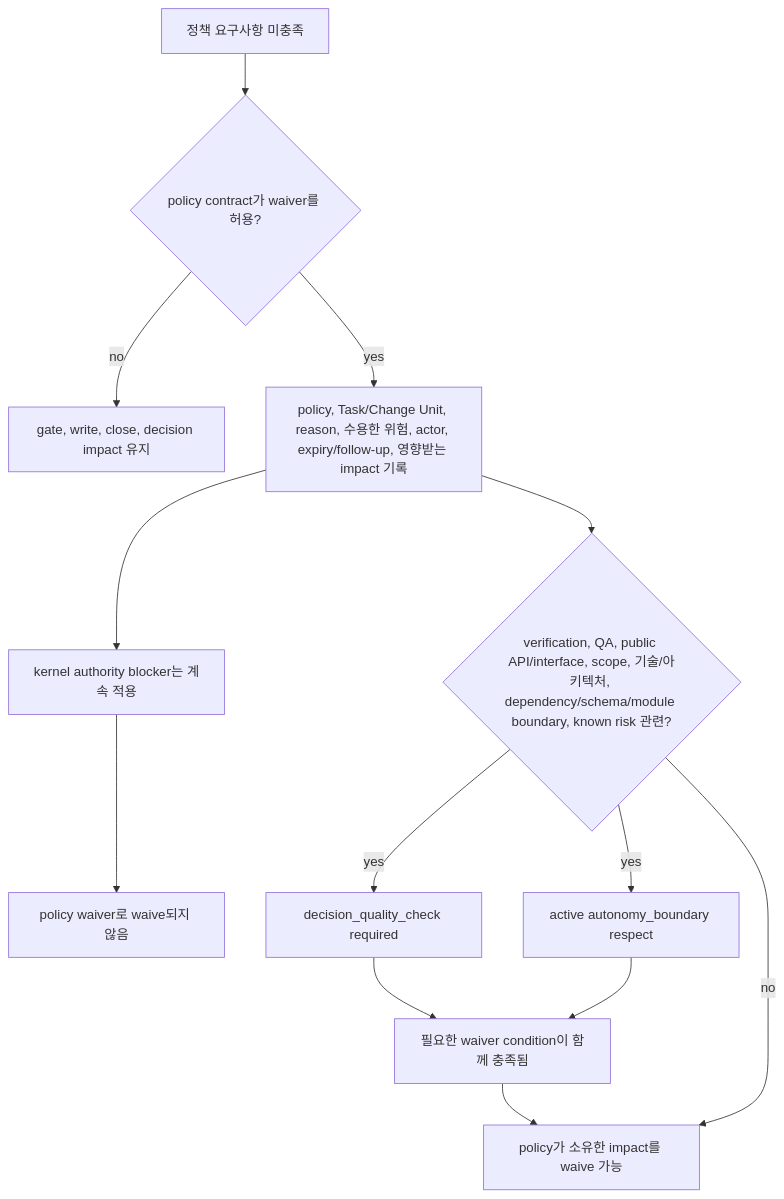
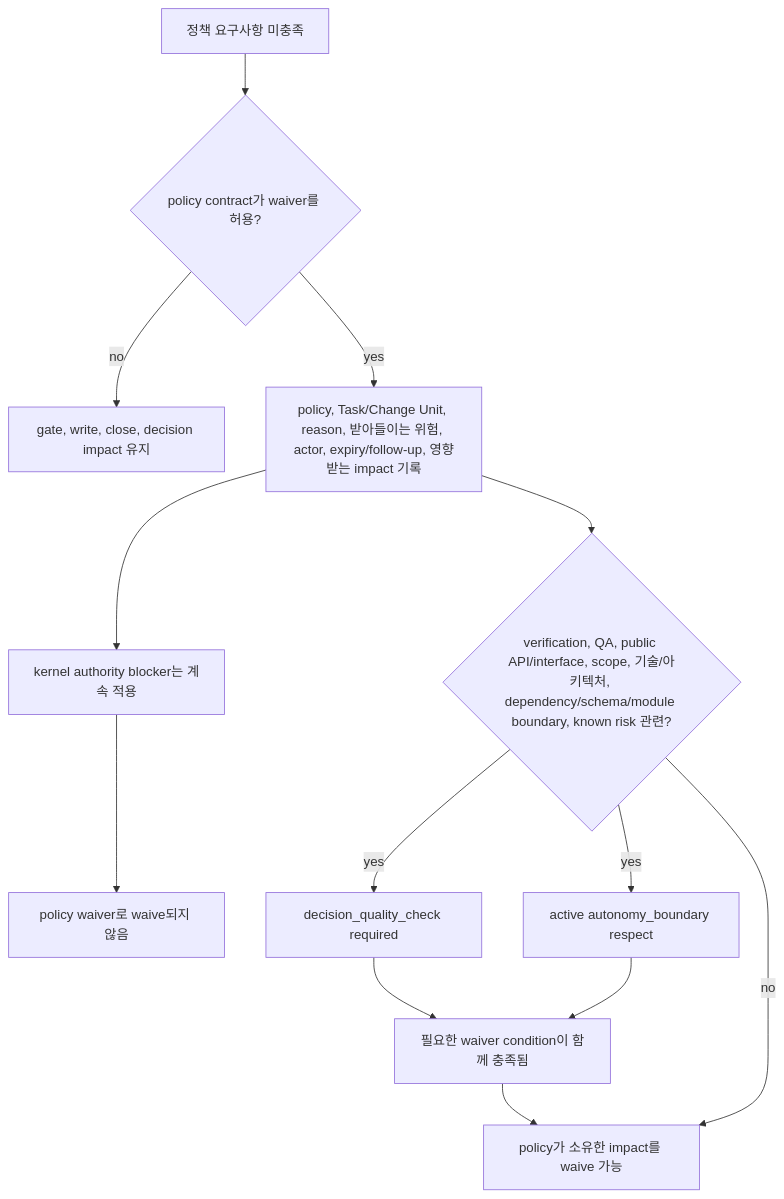
Before and after one commit to minjungw00/Harness_Project: the second of 2 diagrams in docs/ko/reference/design-quality-policies.md, drawn with Mermaid. The commit also changed other lines of this file and 7 other files, not shown here.

````diff
--- a/docs/ko/reference/design-quality-policies.md
+++ b/docs/ko/reference/design-quality-policies.md
@@ -450,15 +452,15 @@
 ```mermaid
 flowchart TD
   Gap["정책 요구사항 미충족"] --> Allowed{"policy contract가 waiver를 허용?"}
   Allowed -- no --> KeepImpact["gate, write, close, decision impact 유지"]
-  Allowed -- yes --> Record["policy, Task/Change Unit, reason, 수용한 위험, actor, expiry/follow-up, 영향받는 impact 기록"]
+  Allowed -- yes --> Record["policy, Task/Change Unit, reason, 받아들이는 위험, actor, expiry/follow-up, 영향받는 impact 기록"]
   Record --> Kernel["kernel authority blocker는 계속 적용"]
   Record --> Decision{"verification, QA, public API/interface, scope, 기술/아키텍처, dependency/schema/module boundary, known risk 관련?"}
   Decision -- yes --> Quality["decision_quality_check required"]
   Decision -- yes --> Boundary["active autonomy_boundary respect"]
   Decision -- no --> Waived["policy가 소유한 impact를 waive 가능"]
   Quality --> Conditions["필요한 waiver condition이 함께 충족됨"]
   Boundary --> Conditions
   Kernel --> Separate["policy waiver로 waive되지 않음"]
   Conditions --> Waived
 ```
````
